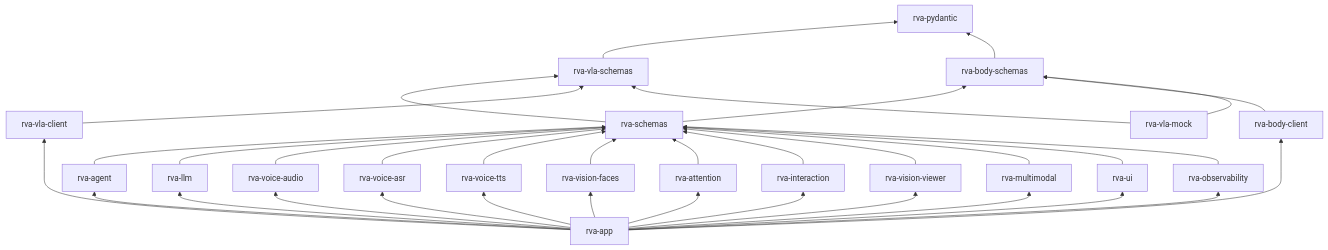
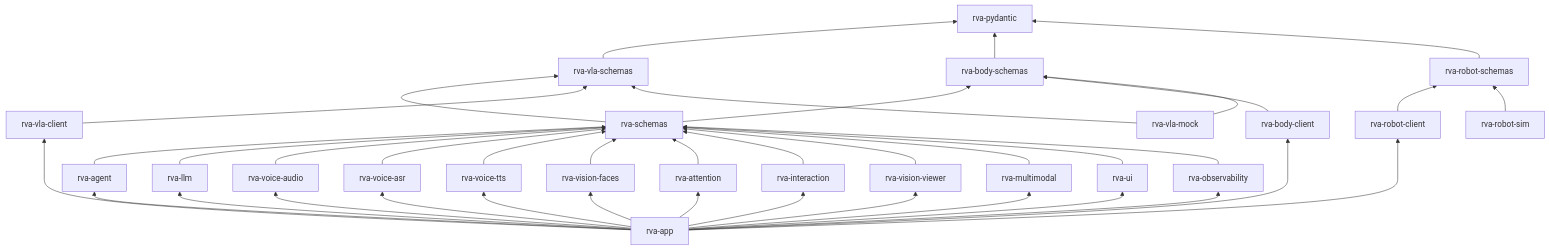
One commit to lokiledev/robot-voice-agent changed the ninth of 9 diagrams in docs/ARCHITECTURE.md. Above: the diagram before and after it, drawn with Mermaid. The commit also changed other lines of this file and 42 other files, not shown here.

````diff
--- a/docs/ARCHITECTURE.md
+++ b/docs/ARCHITECTURE.md
@@ -586,30 +628,35 @@
 ```mermaid
 flowchart BT
     PYD["rva-pydantic"]
     VLAS["rva-vla-schemas"]
     BODYS["rva-body-schemas"]
     SCH["rva-schemas"]
     VLAC["rva-vla-client"]
     BODYC["rva-body-client"]
     MOCK["rva-vla-mock"]
+    ROBS["rva-robot-schemas"]
+    ROBC["rva-robot-client"]
+    SIM["rva-robot-sim"]
     AGENT["rva-agent"]
     LLM["rva-llm"]
     AUD["rva-voice-audio"]
     ASR["rva-voice-asr"]
     TTS["rva-voice-tts"]
     VIS["rva-vision-faces"]
     ATT["rva-attention"]
     INT["rva-interaction"]
     VIEW["rva-vision-viewer"]
     MM["rva-multimodal"]
     UI["rva-ui"]
     OBS["rva-observability"]
     APP["rva-app"]
     VLAS & BODYS --> PYD
     SCH --> VLAS & BODYS
     VLAC --> VLAS
     BODYC --> BODYS
     MOCK --> VLAS & BODYS
+    ROBS --> PYD
+    ROBC & SIM --> ROBS
     AGENT & LLM & AUD & ASR & TTS & VIS & ATT & INT & VIEW & MM & UI & OBS --> SCH
-    APP --> AGENT & LLM & AUD & ASR & TTS & VIS & ATT & INT & VIEW & MM & UI & OBS & VLAC & BODYC
+    APP --> AGENT & LLM & AUD & ASR & TTS & VIS & ATT & INT & VIEW & MM & UI & OBS & VLAC & BODYC & ROBC
 ```
````
